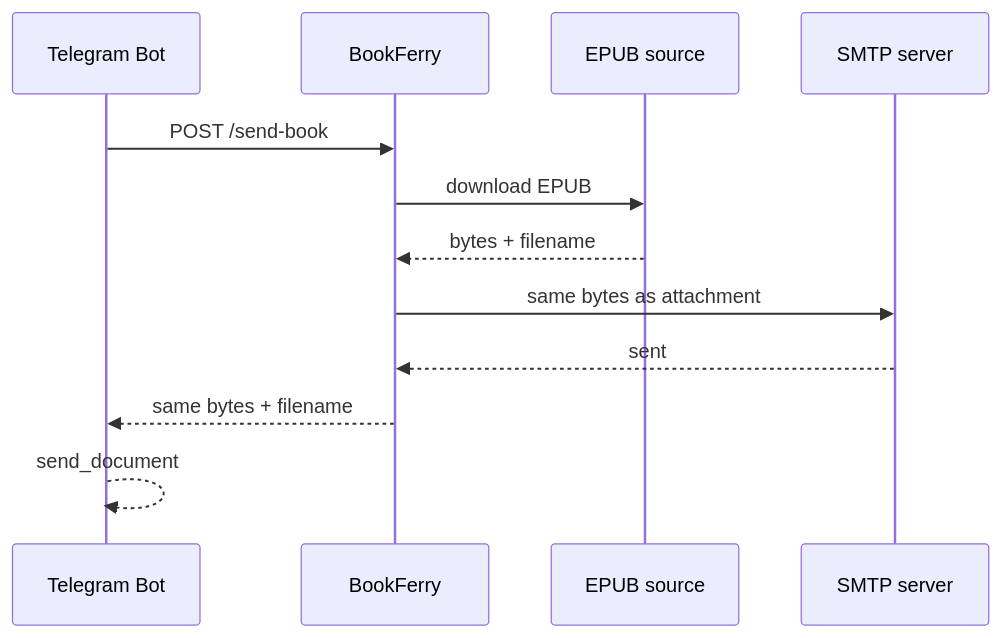
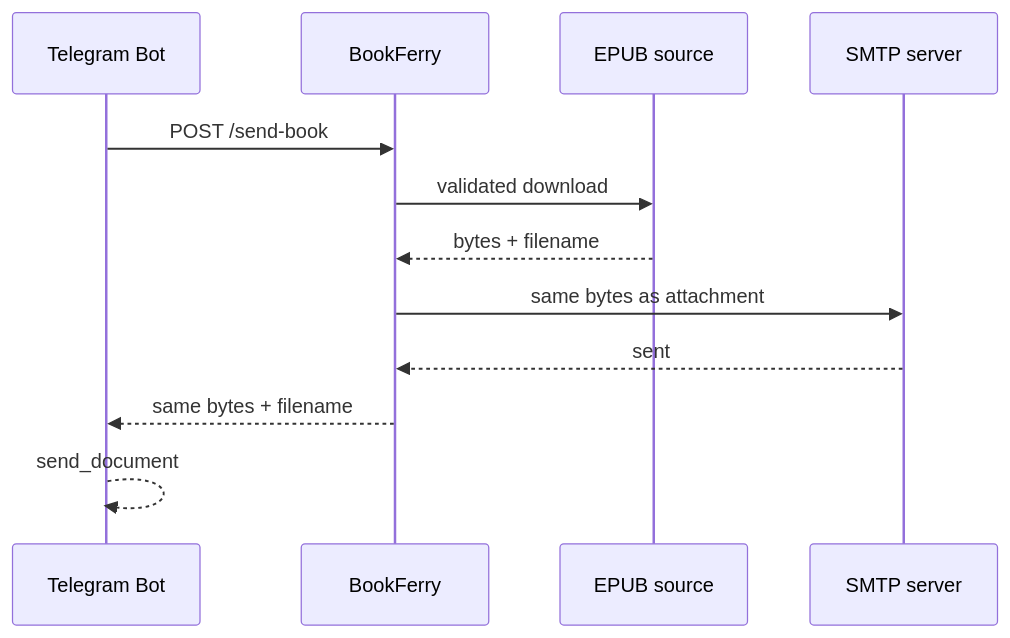
One commit to TerentievKirill/BookFerry changed the fifth of 5 diagrams in ARCHITECTURE.md. Above: the diagram before and after it, drawn with Mermaid. The commit also changed other lines of this file and 4 other files, not shown here.

````diff
--- a/ARCHITECTURE.md
+++ b/ARCHITECTURE.md
@@ -342,15 +395,15 @@
 ```mermaid
 sequenceDiagram
     participant TG as Telegram Bot
     participant API as BookFerry
     participant SRC as EPUB source
     participant SMTP as SMTP server
 
     TG->>API: POST /send-book
-    API->>SRC: download EPUB
+    API->>SRC: validated download
     SRC-->>API: bytes + filename
     API->>SMTP: same bytes as attachment
     SMTP-->>API: sent
     API-->>TG: same bytes + filename
     TG-->>TG: send_document
 ```
````
